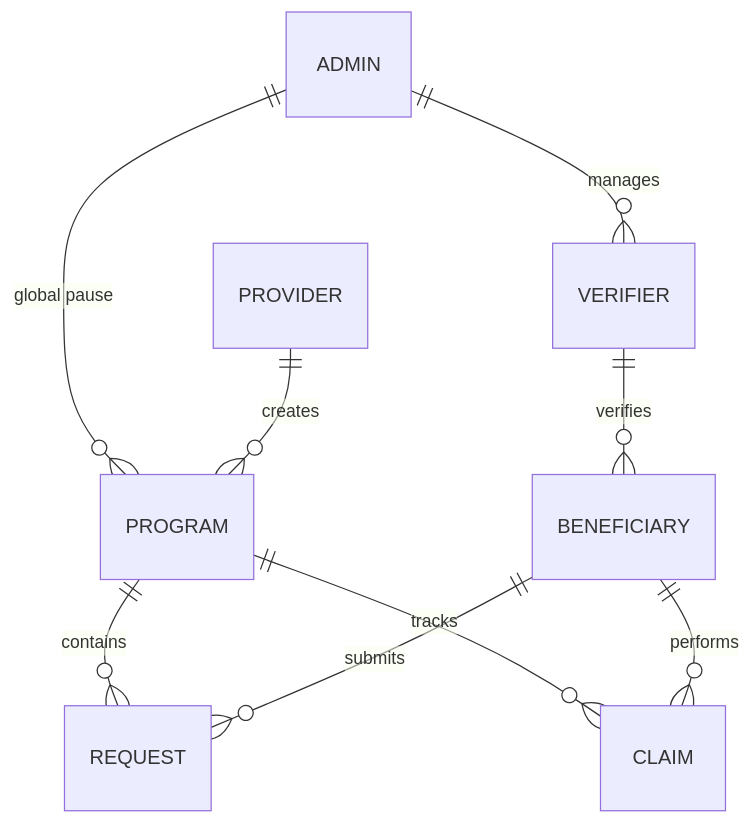
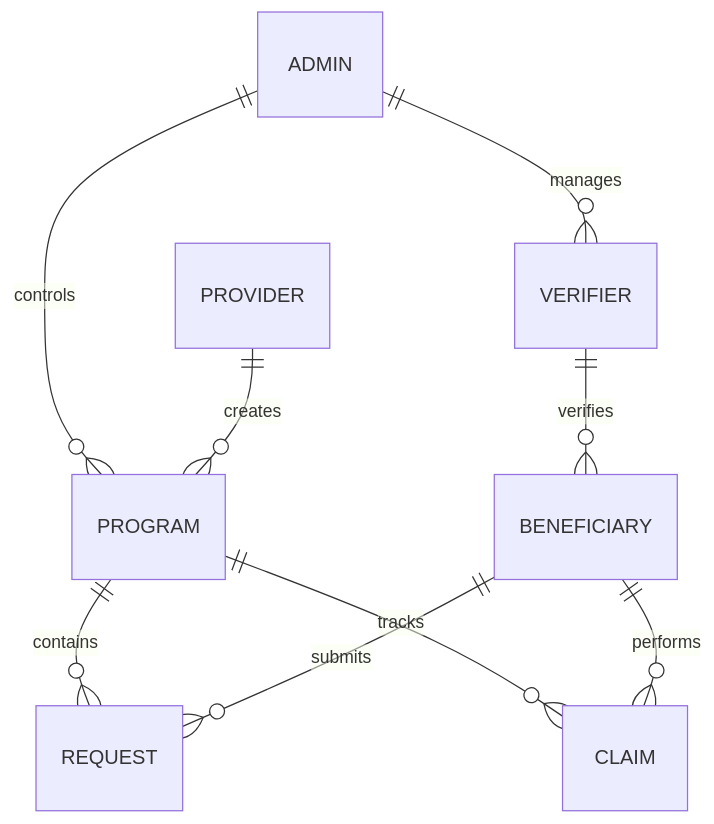
The first of 9 diagrams in WALKTHROUGH.md (raflimulyarahman/PocketGrant), drawn with Mermaid before and after one commit. The commit also changed other lines of this file, not shown here.

Commit message:
docs: Simplify mermaid diagrams and entity details in the walkthrough.

````diff
--- a/WALKTHROUGH.md
+++ b/WALKTHROUGH.md
@@ -23,13 +23,11 @@
 ```mermaid
 erDiagram
     ADMIN ||--o{ VERIFIER : manages
-    ADMIN ||--o{ PROGRAM : "global pause"
-
+    ADMIN ||--o{ PROGRAM : controls
     PROVIDER ||--o{ PROGRAM : creates
     PROGRAM ||--o{ REQUEST : contains
     PROGRAM ||--o{ CLAIM : tracks
-
     VERIFIER ||--o{ BENEFICIARY : verifies
     BENEFICIARY ||--o{ REQUEST : submits
     BENEFICIARY ||--o{ CLAIM : performs
 ```
````
